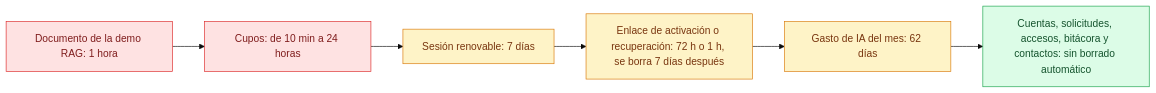
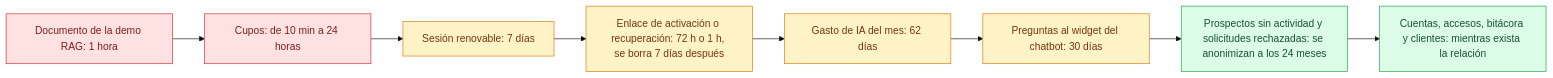
Before and after one commit to ronalc90/koptup: diagram 13 of 13 in docs/wiki/Doc-09-Modelos-de-Datos.md, drawn with Mermaid (base theme). The commit also changed other lines of this file and 90 other files, not shown here.

````diff
--- a/docs/wiki/Doc-09-Modelos-de-Datos.md
+++ b/docs/wiki/Doc-09-Modelos-de-Datos.md
@@ -856,14 +867,16 @@
 ```mermaid
 flowchart LR
     classDef corto fill:#fee2e2,stroke:#dc2626,color:#7f1d1d
     classDef medio fill:#fef3c7,stroke:#d97706,color:#78350f
     classDef largo fill:#dcfce7,stroke:#16a34a,color:#14532d
 
     A["Documento de la demo RAG: 1 hora"]:::corto
     B["Cupos: de 10 min a 24 horas"]:::corto
     C["Sesión renovable: 7 días"]:::medio
     D["Enlace de activación o recuperación: 72 h o 1 h, se borra 7 días después"]:::medio
     E["Gasto de IA del mes: 62 días"]:::medio
-    F["Cuentas, solicitudes, accesos, bitácora y contactos: sin borrado automático"]:::largo
-    A --> B --> C --> D --> E --> F
+    G["Preguntas al widget del chatbot: 30 días"]:::medio
+    H["Prospectos sin actividad y solicitudes rechazadas: se anonimizan a los 24 meses"]:::largo
+    F["Cuentas, accesos, bitácora y clientes: mientras exista la relación"]:::largo
+    A --> B --> C --> D --> E --> G --> H --> F
 ```
````
